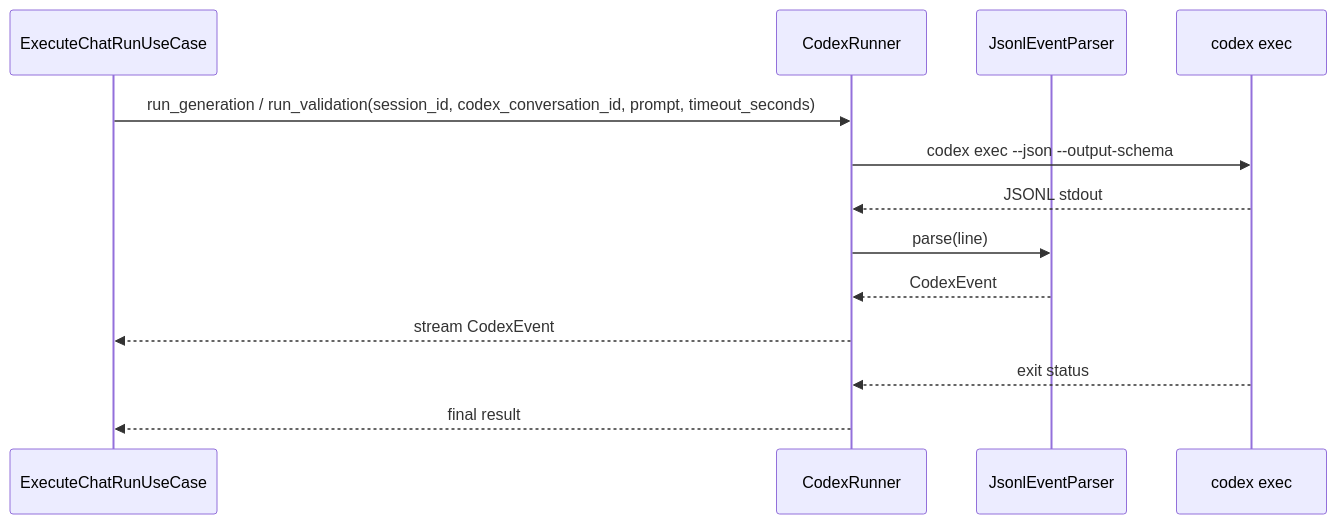
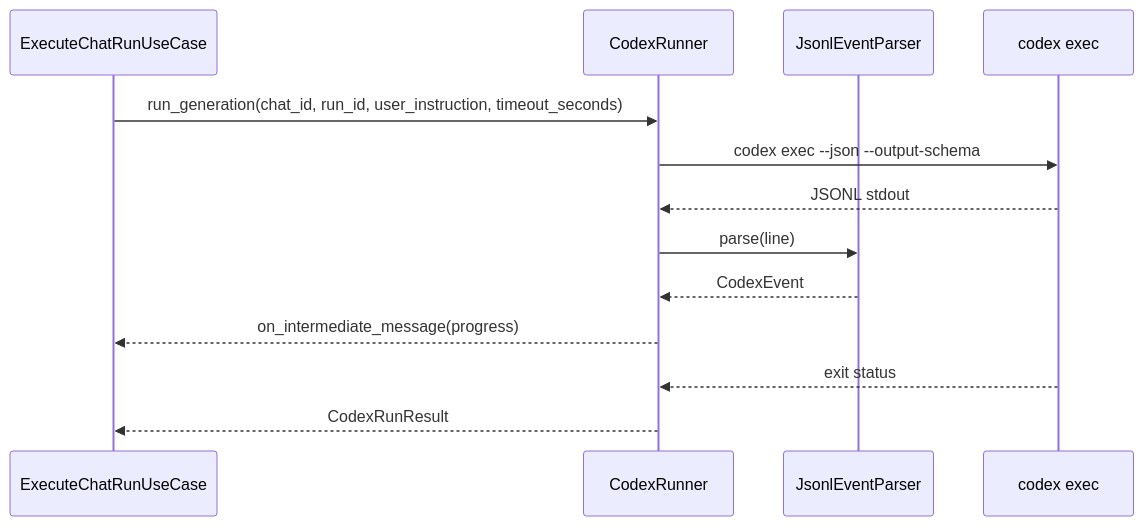
The diagram in docs/03_内部設計/03_内部IF設計/Codex実行IF.md (mincsys/D-Concierge), drawn with Mermaid before and after one commit. The commit also changed other lines of this file and 18 other files, not shown here.

````diff
--- a/docs/03_内部設計/03_内部IF設計/Codex実行IF.md
+++ b/docs/03_内部設計/03_内部IF設計/Codex実行IF.md
@@ -29,16 +39,16 @@
 ```mermaid
 sequenceDiagram
     participant usecase as ExecuteChatRunUseCase
     participant runner as CodexRunner
     participant parser as JsonlEventParser
     participant codex as codex exec
 
-    usecase->>runner: run_generation / run_validation(session_id, codex_conversation_id, prompt, timeout_seconds)
+    usecase->>runner: run_generation(chat_id, run_id, user_instruction, timeout_seconds)
     runner->>codex: codex exec --json --output-schema
     codex-->>runner: JSONL stdout
     runner->>parser: parse(line)
     parser-->>runner: CodexEvent
-    runner-->>usecase: stream CodexEvent
+    runner-->>usecase: on_intermediate_message(progress)
     codex-->>runner: exit status
-    runner-->>usecase: final result
+    runner-->>usecase: CodexRunResult
 ```
````
